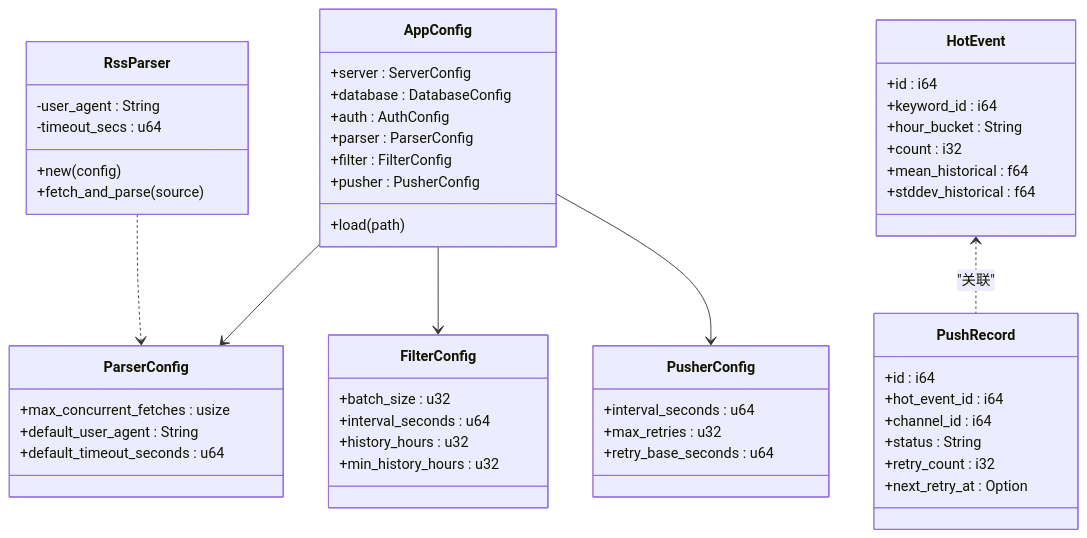
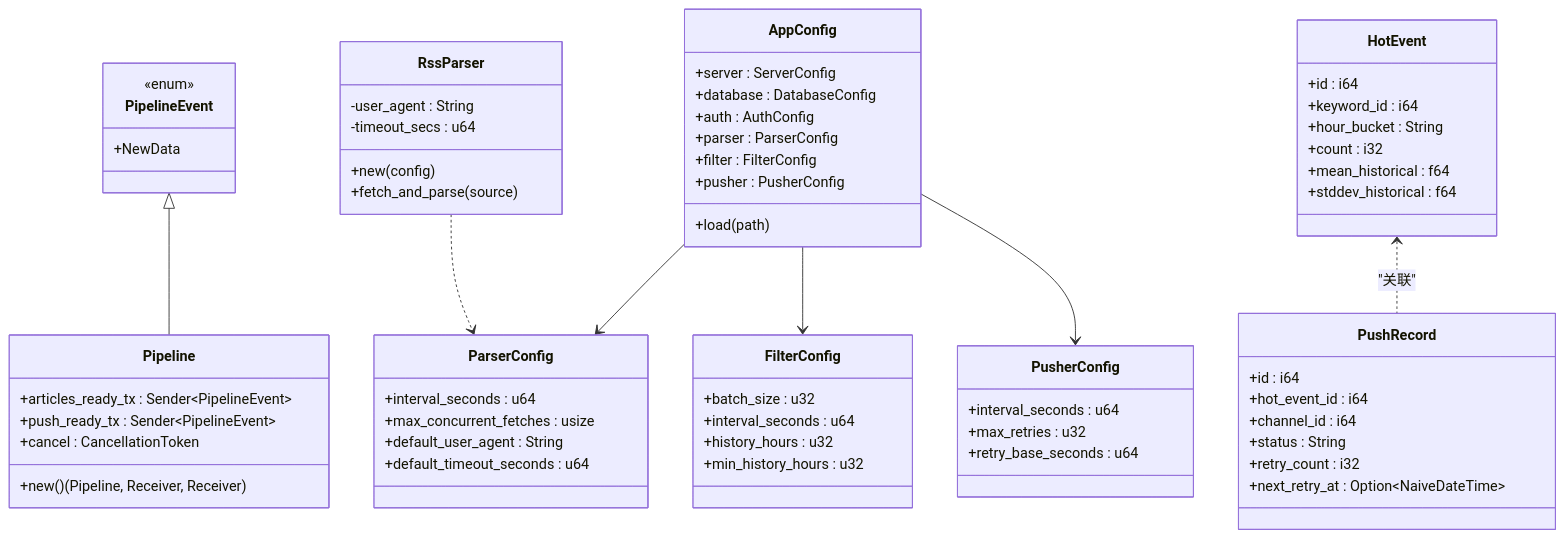
One commit to leimu-hue/AI-Trend-Tool changed the tenth of 10 diagrams in .qoder/repowiki/zh/content/系统架构设计/系统架构设计.md. Above: the diagram before and after it, drawn with Mermaid. The commit also changed other lines of this file and 74 other files, not shown here.

````diff
--- a/.qoder/repowiki/zh/content/系统架构设计/系统架构设计.md
+++ b/.qoder/repowiki/zh/content/系统架构设计/系统架构设计.md
@@ -394,55 +452,67 @@
 ```mermaid
 classDiagram
+class PipelineEvent {
+<<enum>>
++NewData
+}
+class Pipeline {
++articles_ready_tx : Sender~PipelineEvent~
++push_ready_tx : Sender~PipelineEvent~
++cancel : CancellationToken
++new() (Pipeline, Receiver, Receiver)
+}
 class ParserConfig {
++interval_seconds : u64
 +max_concurrent_fetches : usize
 +default_user_agent : String
 +default_timeout_seconds : u64
 }
 class FilterConfig {
 +batch_size : u32
 +interval_seconds : u64
 +history_hours : u32
 +min_history_hours : u32
 }
 class PusherConfig {
 +interval_seconds : u64
 +max_retries : u32
 +retry_base_seconds : u64
 }
 class AppConfig {
 +server : ServerConfig
 +database : DatabaseConfig
 +auth : AuthConfig
 +parser : ParserConfig
 +filter : FilterConfig
 +pusher : PusherConfig
 +load(path)
 }
 class RssParser {
 -user_agent : String
 -timeout_secs : u64
 +new(config)
 +fetch_and_parse(source)
 }
 class HotEvent {
 +id : i64
 +keyword_id : i64
 +hour_bucket : String
 +count : i32
 +mean_historical : f64
 +stddev_historical : f64
 }
 class PushRecord {
 +id : i64
 +hot_event_id : i64
 +channel_id : i64
 +status : String
 +retry_count : i32
-+next_retry_at : Option<NaiveDateTime>
++next_retry_at : Option~NaiveDateTime~
 }
+PipelineEvent <|-- Pipeline
 AppConfig --> ParserConfig
 AppConfig --> FilterConfig
 AppConfig --> PusherConfig
 RssParser ..> ParserConfig
 HotEvent <.. PushRecord : "关联"
 ```
````
